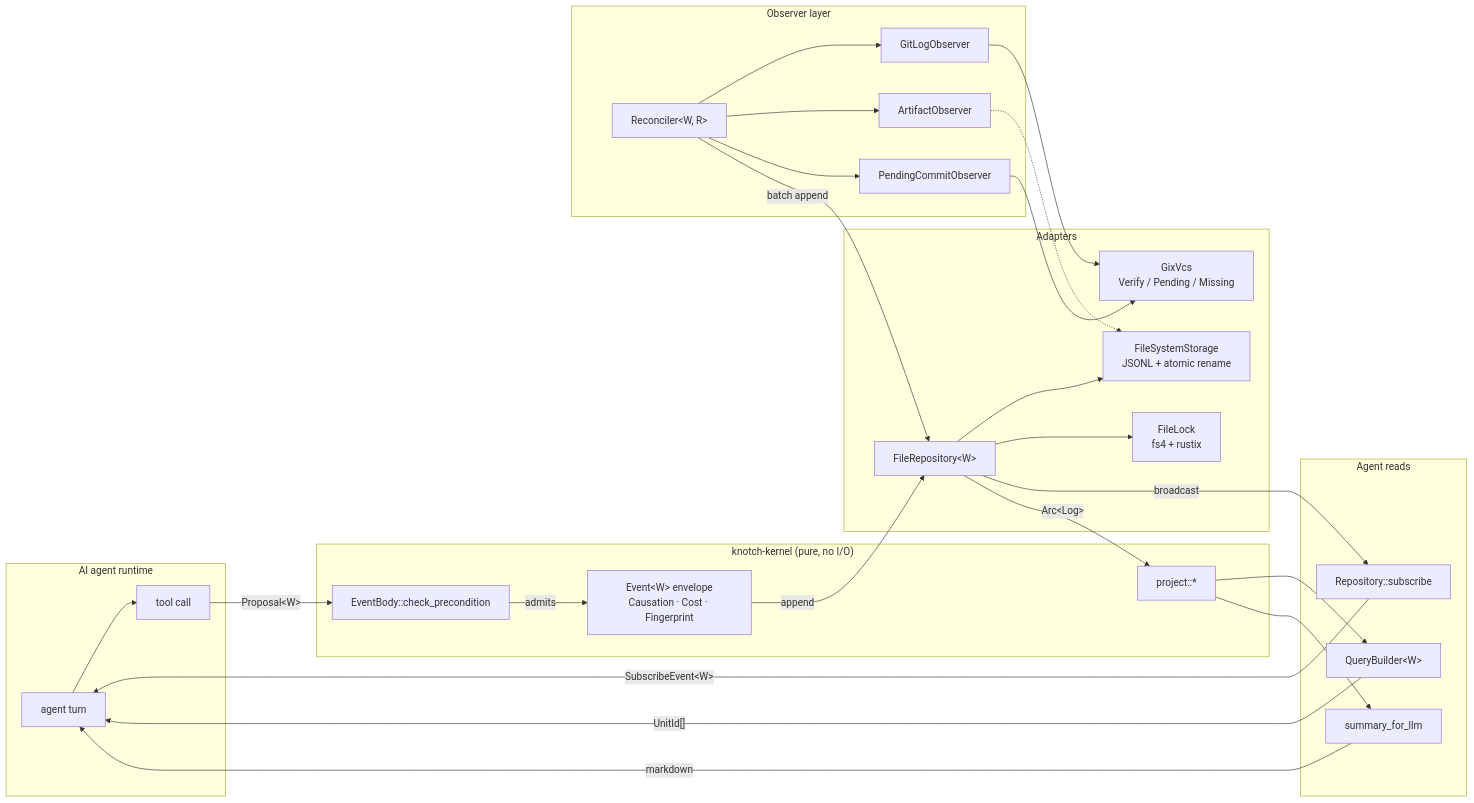
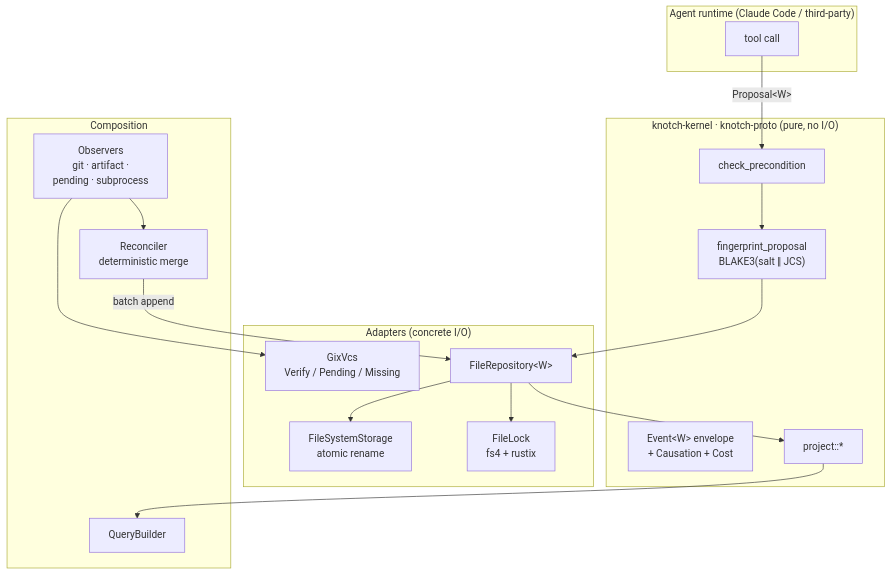
The third of 3 diagrams in README.md (junyeong-ai/knotch), drawn with Mermaid before and after one commit. The commit also changed other lines of this file, not shown here.

````diff
--- a/README.md
+++ b/README.md
@@ -21,54 +198,37 @@
 ```mermaid
-graph LR
-    subgraph agent["AI agent runtime"]
-        A["agent turn"]
+graph TB
+    subgraph agent["Agent runtime (Claude Code / third-party)"]
         TC["tool call"]
     end
 
-    subgraph kernel["knotch-kernel (pure, no I/O)"]
-        EV["Event&lt;W&gt; envelope<br/>Causation · Cost · Fingerprint"]
-        PR["EventBody::check_precondition"]
+    subgraph kernel["knotch-kernel · knotch-proto (pure, no I/O)"]
+        EV["Event&lt;W&gt; envelope<br/>+ Causation + Cost"]
+        PR["check_precondition"]
+        FP["fingerprint_proposal<br/>BLAKE3(salt ‖ JCS)"]
         PJ["project::*"]
     end
 
-    subgraph adapters["Adapters"]
+    subgraph adapters["Adapters (concrete I/O)"]
         REPO["FileRepository&lt;W&gt;"]
-        STORE["FileSystemStorage<br/>JSONL + atomic rename"]
+        STORE["FileSystemStorage<br/>atomic rename"]
         LOCK["FileLock<br/>fs4 + rustix"]
         VCS["GixVcs<br/>Verify / Pending / Missing"]
     end
 
-    subgraph observe["Observer layer"]
-        GL["GitLogObserver"]
-        AR["ArtifactObserver"]
-        PC["PendingCommitObserver"]
-        RC["Reconciler&lt;W, R&gt;"]
+    subgraph compose["Composition"]
+        OBS["Observers<br/>git · artifact ·<br/>pending · subprocess"]
+        REC["Reconciler<br/>deterministic merge"]
+        QRY["QueryBuilder"]
     end
 
-    subgraph read["Agent reads"]
-        QRY["QueryBuilder&lt;W&gt;"]
-        SUM["summary_for_llm"]
-        SUB["Repository::subscribe"]
-    end
-
-    A --> TC
     TC -->|"Proposal&lt;W&gt;"| PR
-    PR -->|"admits"| EV
-    EV -->|"append"| REPO
+    PR --> FP
+    FP --> REPO
     REPO --> STORE
     REPO --> LOCK
-    GL --> VCS
-    AR -.-> STORE
-    PC --> VCS
-    RC --> GL
-    RC --> AR
-    RC --> PC
-    RC -->|"batch append"| REPO
-    REPO -->|"broadcast"| SUB
-    REPO -->|"Arc&lt;Log&gt;"| PJ
+    OBS --> VCS
+    OBS --> REC
+    REC -->|"batch append"| REPO
+    REPO --> PJ
     PJ --> QRY
-    PJ --> SUM
-    SUM -->|"markdown"| A
-    QRY -->|"UnitId[]"| A
-    SUB -->|"SubscribeEvent&lt;W&gt;"| A
 ```
````
